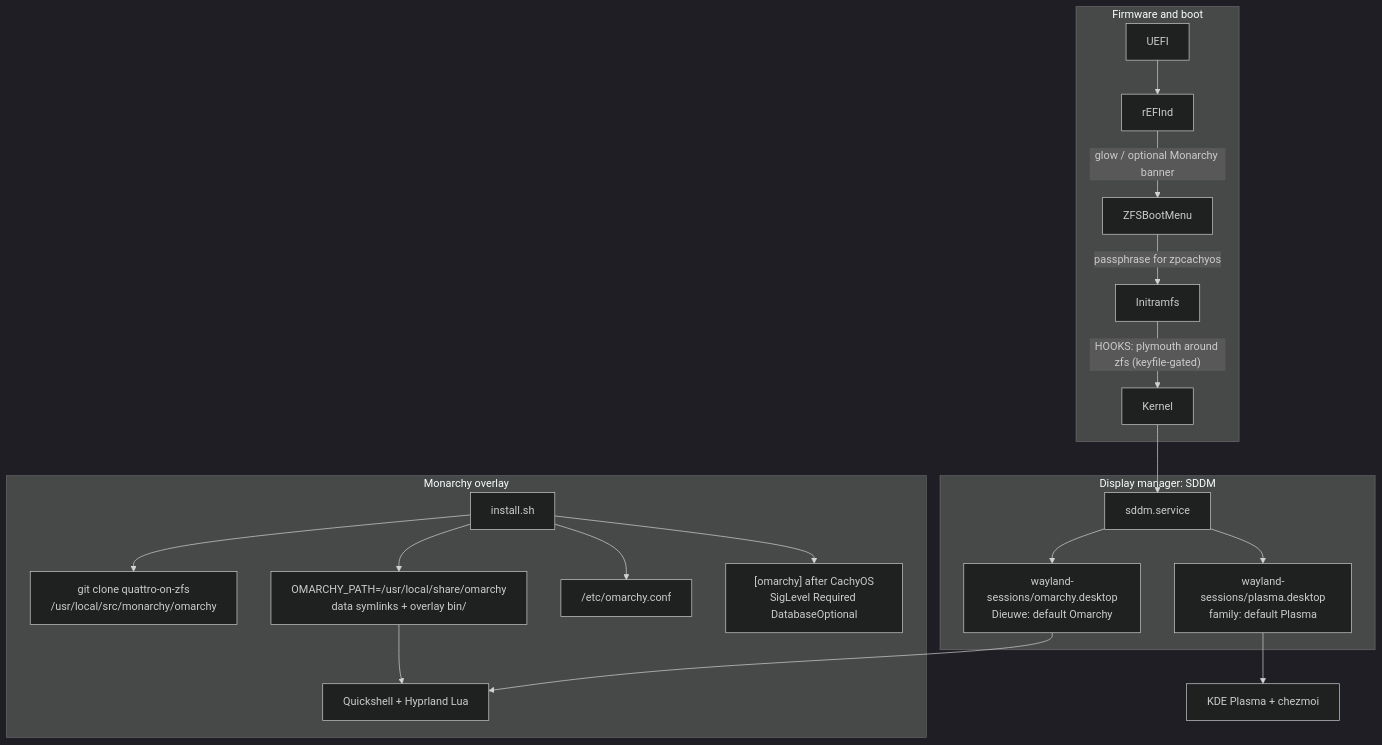
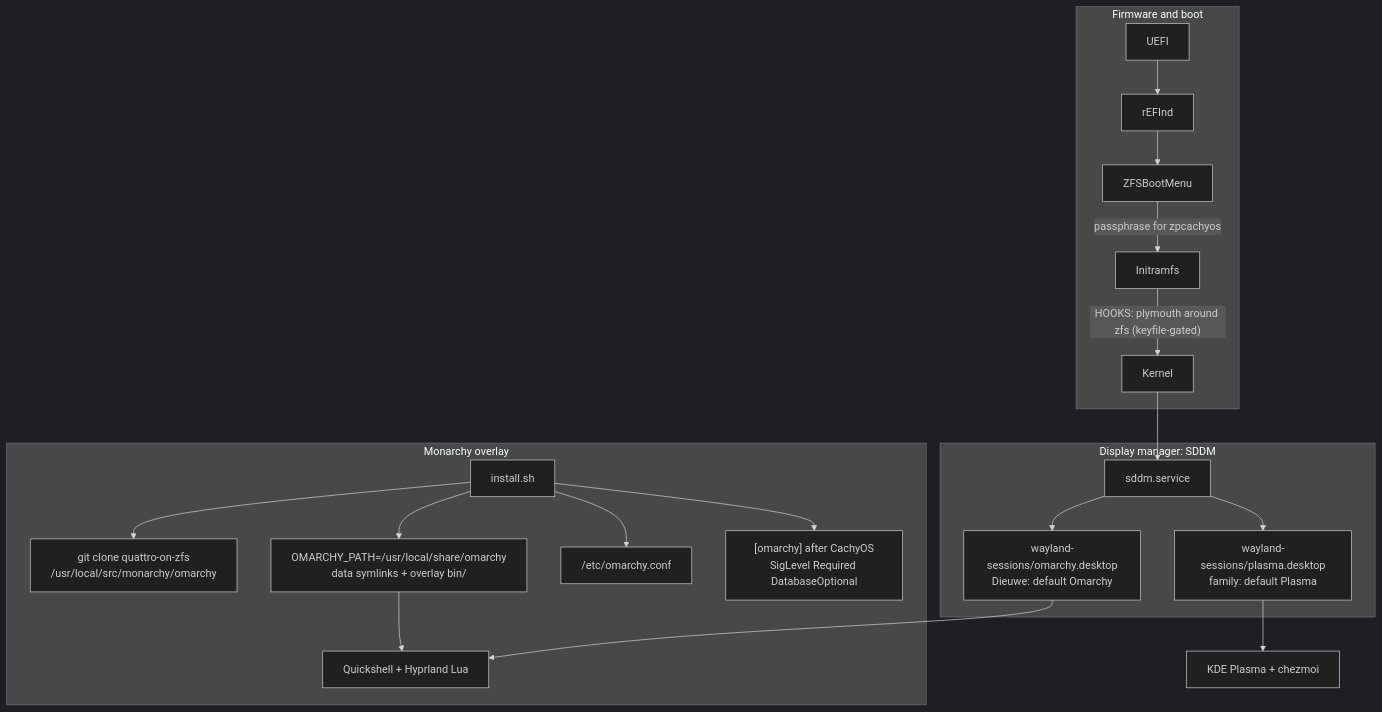
Before and after one commit to dieuwedeboer/dotfiles: the first of 2 diagrams in docs/monarchy.md, drawn with Mermaid (dark theme). The commit also changed other lines of this file and 7 other files, not shown here.

````diff
--- a/docs/monarchy.md
+++ b/docs/monarchy.md
@@ -122,31 +27,31 @@
 ```mermaid
 flowchart TB
   subgraph boot [Firmware and boot]
     UEFI --> rEFInd
-    rEFInd -->|"glow / optional Monarchy banner"| ZBM[ZFSBootMenu]
+    rEFInd --> ZBM[ZFSBootMenu]
     ZBM -->|"passphrase for zpcachyos"| Initramfs
     Initramfs -->|"HOOKS: plymouth around zfs (keyfile-gated)"| Kernel
   end
 
   subgraph dm [Display manager: SDDM]
     Kernel --> SDDM[sddm.service]
     SDDM --> PlasmaSession["wayland-sessions/plasma.desktop<br/>family: default Plasma"]
     SDDM --> OmarchySession["wayland-sessions/omarchy.desktop<br/>Dieuwe: default Omarchy"]
   end
 
   subgraph overlay [Monarchy overlay]
     Bridge["install.sh"]
     Clone["git clone quattro-on-zfs<br/>/usr/local/src/monarchy/omarchy"]
     Work["OMARCHY_PATH=/usr/local/share/omarchy<br/>data symlinks + overlay bin/"]
     Conf["/etc/omarchy.conf"]
     Repo["[omarchy] after CachyOS<br/>SigLevel Required DatabaseOptional"]
     Bridge --> Clone
     Bridge --> Work
     Bridge --> Conf
     Bridge --> Repo
     OmarchySession --> QS[Quickshell + Hyprland Lua]
     Work --> QS
   end
 
   PlasmaSession --> KDE[KDE Plasma + chezmoi]
 ```
````
